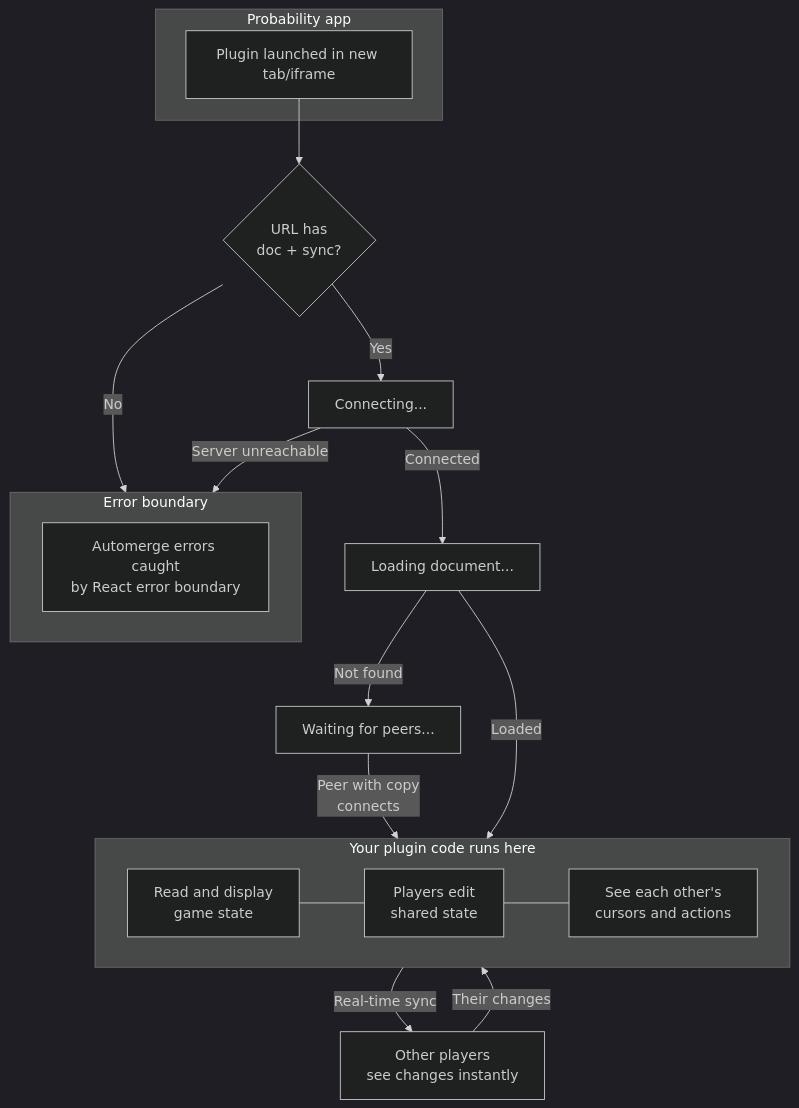
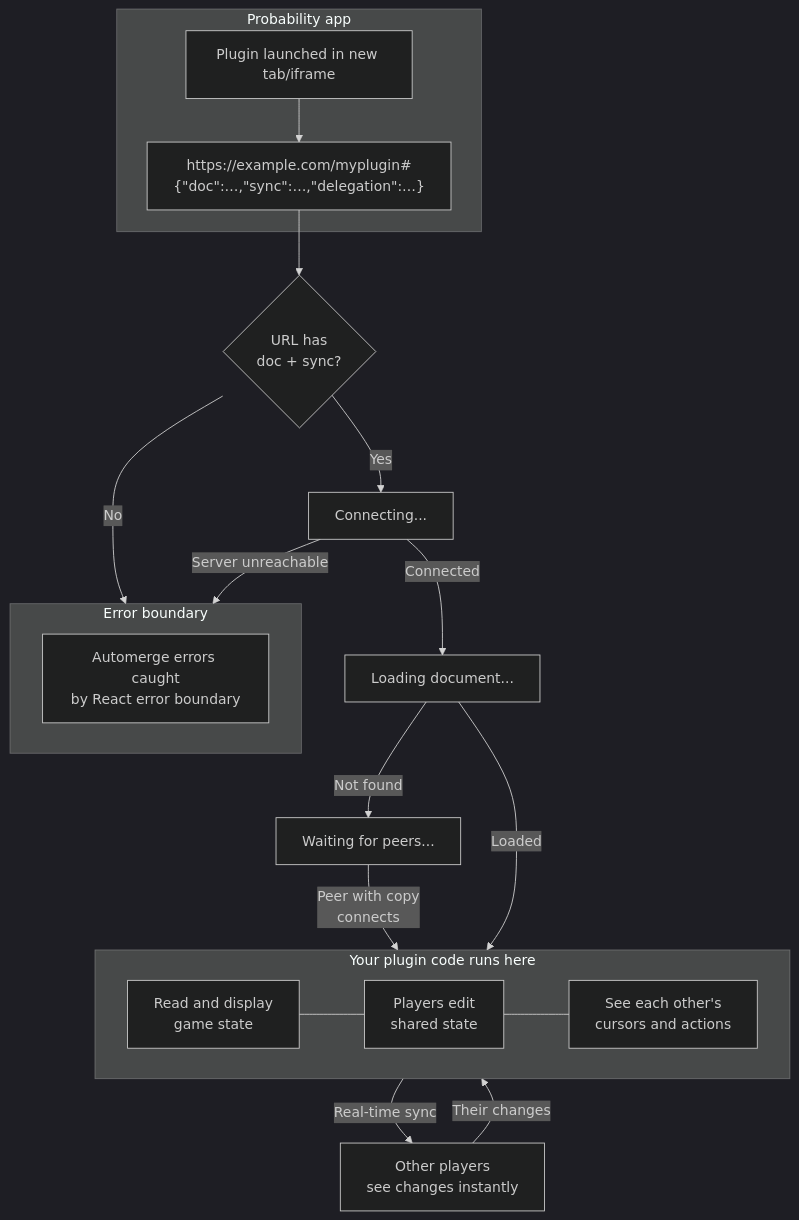
The diagram in README.md (probability-nz/plugin-sdk), drawn with Mermaid (dark theme) before and after one commit. The commit also changed other lines of this file, not shown here.

Commit message:
Update README: add plugin vs widget note, expand lifecycle diagram

````diff
--- a/README.md
+++ b/README.md
@@ -28,34 +30,35 @@
 ```mermaid
 flowchart TD
     subgraph prob ["Probability app"]
-        B["Plugin launched in new tab/iframe"]
+        A["Plugin launched in new tab/iframe"]
+        A --> B["https://example.com/myplugin#&lbrace;#quot;doc#quot;:…,#quot;sync#quot;:…,#quot;delegation#quot;:…&rbrace;"]
     end
 
     B --> C{"URL has<br/>doc + sync?"}
     C -- "No" --> Err
 
     C -- "Yes" --> D["Connecting..."]
 
     D -- "Connected" --> E["Loading document..."]
     D -- "Server unreachable" --> Err
 
     E -- "Not found" --> Wait["Waiting for peers..."]
     Wait -- "Peer with copy<br/>connects" --> Ready
     E -- "Loaded" --> Ready
 
     subgraph Ready ["Your plugin code runs here"]
         direction LR
         R1["Read and display<br/>game state"]
         R2["Players edit<br/>shared state"]
         R3["See each other's<br/>cursors and actions"]
         R1 --- R2 --- R3
     end
 
     Ready -- "Real-time sync" --> Peers["Other players<br/>see changes instantly"]
     Peers -- "Their changes" --> Ready
 
     subgraph Err ["Error boundary"]
         ErrMsg["Automerge errors caught<br/>by React error boundary"]
     end
 
 ```
````
